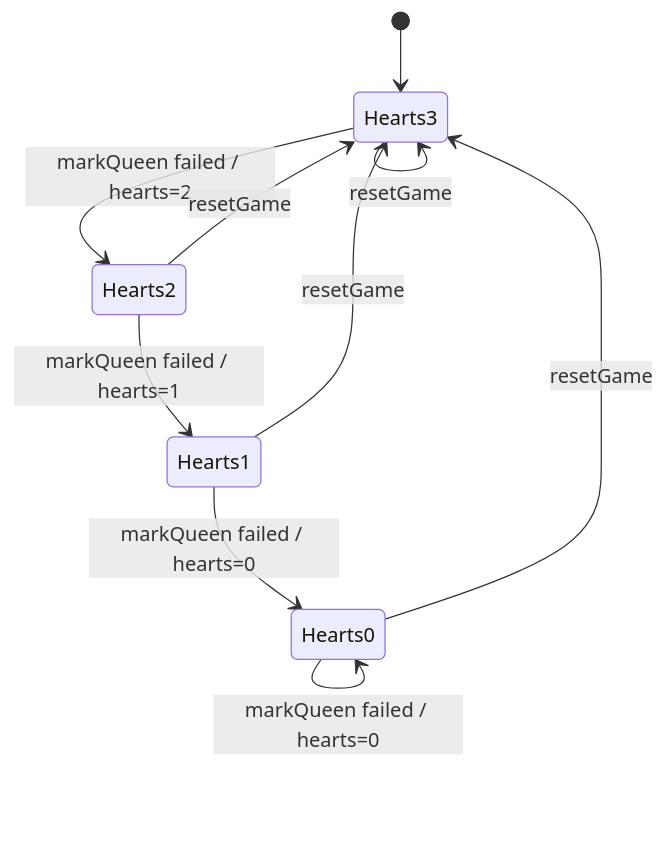
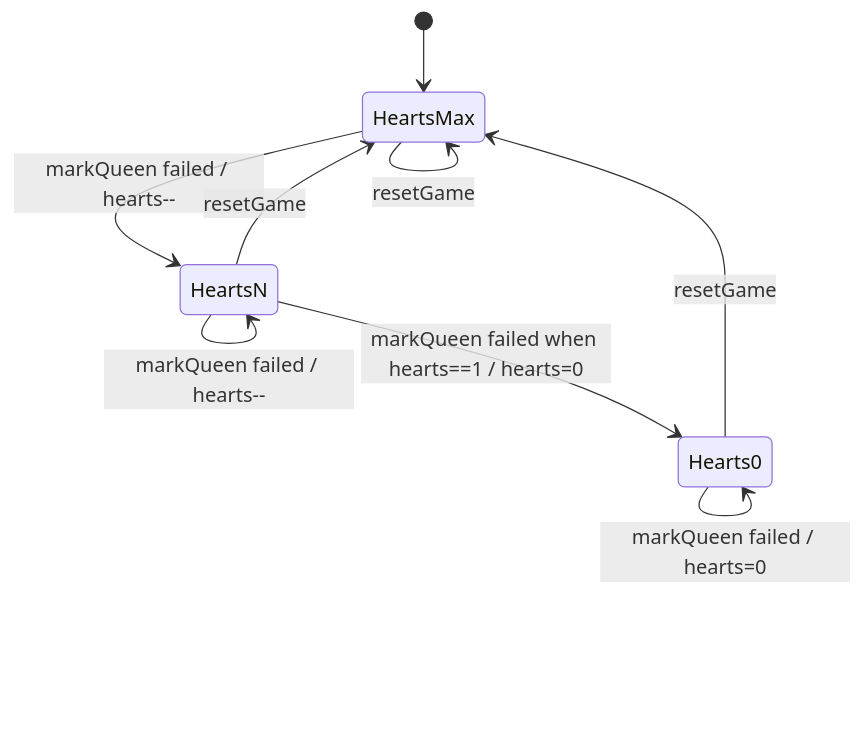
The sixth of 6 diagrams in docs/state.md (clhuang224/queener), drawn with Mermaid before and after one commit. The commit also changed other lines of this file and 4 other files, not shown here.

````diff
--- a/docs/state.md
+++ b/docs/state.md
@@ -319,15 +319,11 @@
 ```mermaid
 stateDiagram-v2
-  [*] --> Hearts3
-
-  Hearts3 --> Hearts2: markQueen failed / hearts=2
-  Hearts2 --> Hearts1: markQueen failed / hearts=1
-  Hearts1 --> Hearts0: markQueen failed / hearts=0
-
+  [*] --> HeartsMax
+  HeartsMax --> HeartsN: markQueen failed / hearts--
+  HeartsN --> HeartsN: markQueen failed / hearts--
+  HeartsN --> Hearts0: markQueen failed when hearts==1 / hearts=0
   Hearts0 --> Hearts0: markQueen failed / hearts=0
-
-  Hearts3 --> Hearts3: resetGame
-  Hearts2 --> Hearts3: resetGame
-  Hearts1 --> Hearts3: resetGame
-  Hearts0 --> Hearts3: resetGame
+  HeartsMax --> HeartsMax: resetGame
+  HeartsN --> HeartsMax: resetGame
+  Hearts0 --> HeartsMax: resetGame
 ```
````
